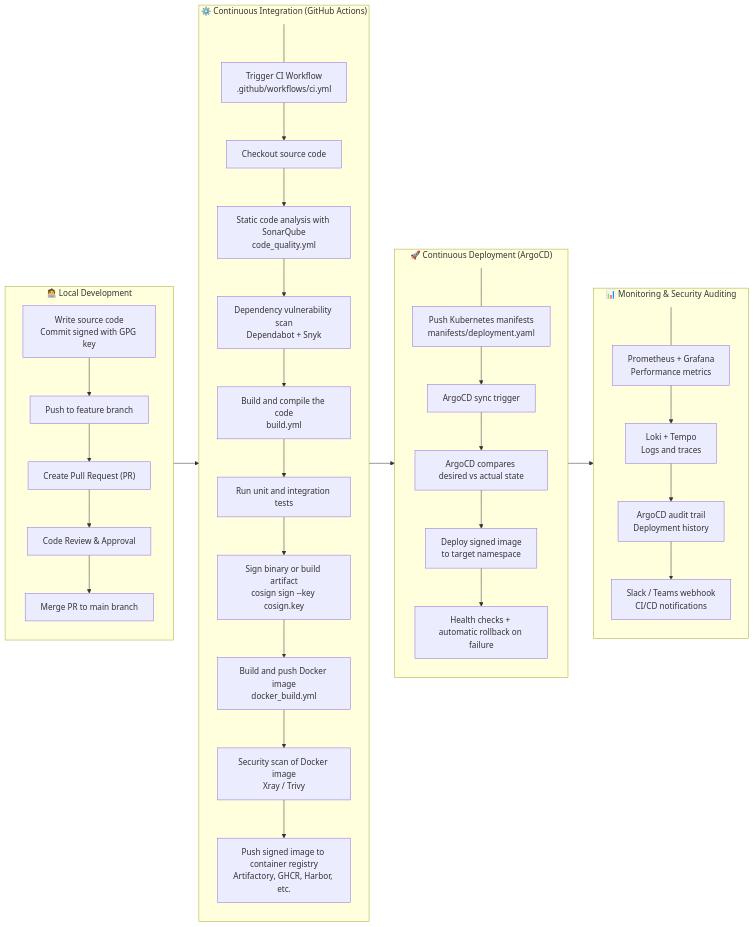
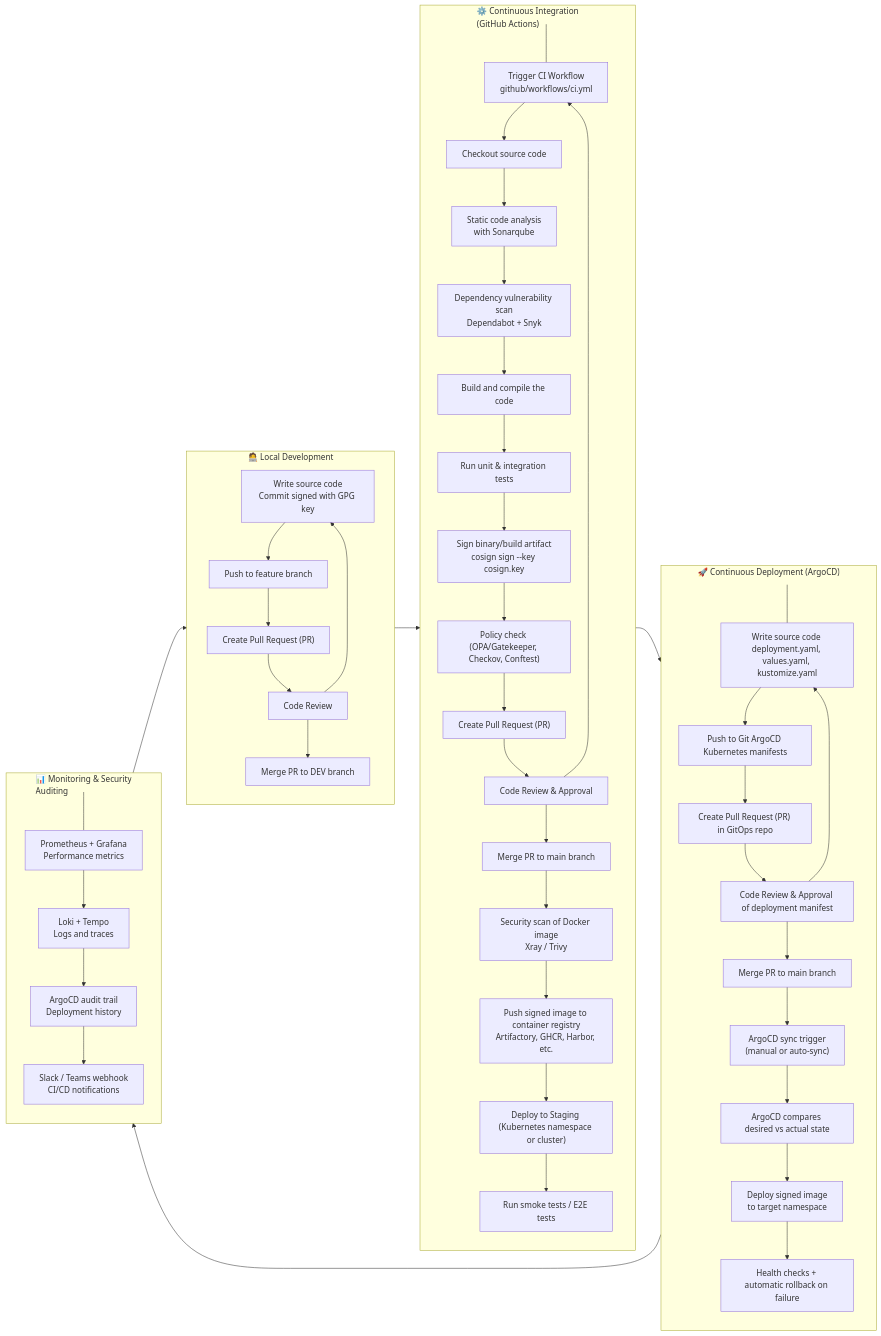
The diagram in doc/Workflows/CICD_Pipeline_Process.md (clickpaddle/clickceler), drawn with Mermaid before and after one commit.

````diff
--- a/doc/Workflows/CICD_Pipeline_Process.md
+++ b/doc/Workflows/CICD_Pipeline_Process.md
@@ -1,46 +1,74 @@
 ```mermaid
 flowchart LR
-    classDef ghost-node fill:none, stroke:none, color:none, height:0, padding:0, margin:0;
+classDef ghost-node fill:none, stroke:none, color:none, height:0, padding:0, margin:0;
 
-    subgraph DEV["🧑‍💻 Local Development"]
-        A1[Write source code\nCommit signed with GPG key] --> A2[Push to feature branch]
-        A2 --> A3["Create Pull Request (PR)"]
-        A3 --> A4[Code Review & Approval]
-        A4 --> A5[Merge PR to main branch]
-    end
-    
-    subgraph CI["⚙️ Continuous Integration (GitHub Actions)"]
-        CI_SPACER[" "] --- B1[Trigger CI Workflow\n.github/workflows/ci.yml]
-        class CI_SPACER ghost-node
-        B1 --> B2[Checkout source code]
-        B2 --> B3[Static code analysis with SonarQube\ncode_quality.yml]
-        B3 --> B4[Dependency vulnerability scan\nDependabot + Snyk]
-        B4 --> B5[Build and compile the code\nbuild.yml]
-        B5 --> B6[Run unit and integration tests]
-        B6 --> B7[Sign binary or build artifact\ncosign sign --key cosign.key]
-        B7 --> B8[Build and push Docker image\ndocker_build.yml]
-        B8 --> B9[Security scan of Docker image\nXray / Trivy]
-        B9 --> B10[Push signed image to container registry\nArtifactory, GHCR, Harbor, etc.]
-    end
-    
-    subgraph CD["🚀 Continuous Deployment (ArgoCD)"]
-        CD_SPACER[" "]  --- C1[Push Kubernetes manifests\nmanifests/deployment.yaml]
-        class CD_SPACER ghost-node
-        C1 --> C2[ArgoCD sync trigger]
-        C2 --> C3[ArgoCD compares desired vs actual state]
-        C3 --> C4[Deploy signed image\nto target namespace]
-        C4 --> C5[Health checks + automatic rollback on failure]
-    end
-    
-    subgraph MON["📊 Monitoring & Security Auditing"]
-        MON_SPACER[" "] --- D1[Prometheus + Grafana\nPerformance metrics]
-        class MON_SPACER ghost-node
-        D1 --> D2[Loki + Tempo\nLogs and traces]
-        D2 --> D3[ArgoCD audit trail\nDeployment history]
-        D3 --> D4[Slack / Teams webhook\nCI/CD notifications]
-    end
-    
-    DEV --> CI
-    CI --> CD
-    CD --> MON
+%% ======================
+%% DEV
+%% ======================
+subgraph DEV["🧑‍💻 Local Development"]
+A1[Write source code<br>Commit signed with GPG key] --> A2[Push to feature branch]
+A2 --> A3["Create Pull Request (PR)"]
+A3 --> A4[Code Review]
+A4 --> A5[Merge PR to DEV branch]
+A4 --> A1
+end
+
+%% ======================
+%% CI
+%% ======================
+subgraph CI["⚙️ Continuous Integration<br>(GitHub Actions)"]
+CI_SPACER[" "] --- B1[Trigger CI Workflow<br>github/workflows/ci.yml]
+class CI_SPACER ghost-node
+B1 --> B2[Checkout source code]
+B2 --> B3["Static code analysis<br>with Sonarqube"]
+B3 --> B4["Dependency vulnerability scan<br>Dependabot + Snyk"]
+B4 --> B5[Build and compile the code]
+B5 --> B6[Run unit & integration tests]
+B6 --> B7[Sign binary/build artifact<br>cosign sign --key cosign.key]
+B7 --> B8["Policy check (OPA/Gatekeeper, Checkov, Conftest)"]
+B8 --> B10["Create Pull Request (PR)"]
+B10 --> B12[Code Review & Approval]
+B12 --> B1
+B12 --> B13[Merge PR to main branch]
+B13 --> B14["Security scan of Docker image<br>Xray / Trivy"]
+B14 --> B15["Push signed image to container registry<br>Artifactory, GHCR, Harbor, etc."]
+B15 --> S1["Deploy to Staging (Kubernetes namespace or cluster)"]
+S1 --> S2["Run smoke tests / E2E tests"]
+end
+
+%% ======================
+%% CD
+%% ======================
+subgraph CD["🚀 Continuous Deployment (ArgoCD)"]
+CD_SPACER[" "] --- C1[Write source code deployment.yaml, values.yaml, kustomize.yaml]
+class CD_SPACER ghost-node
+C1 --> C3[Push to Git ArgoCD Kubernetes manifests]
+C3 --> C4["Create Pull Request (PR) in GitOps repo"]
+C4 --> C5[Code Review & Approval of deployment manifest]
+C5 --> C1
+C5 --> C6[Merge PR to main branch]
+C6 --> C9["ArgoCD sync trigger<br>(manual or auto-sync)"]
+C9 --> C10["ArgoCD compares desired vs actual state"]
+C10 --> C11["Deploy signed image<br>to target namespace"]
+C11 --> C12["Health checks + automatic rollback on failure"]
+end
+
+%% ======================
+%% MONITORING & AUDIT
+%% ======================
+subgraph MON["📊 Monitoring & Security<br>Auditing"]
+MON_SPACER[" "] --- D1[Prometheus + Grafana<br>Performance metrics]
+class MON_SPACER ghost-node
+D1 --> D2[Loki + Tempo<br>Logs and traces]
+D2 --> D3[ArgoCD audit trail<br>Deployment history]
+D3 --> D4[Slack / Teams webhook<br>CI/CD notifications]
+end
+
+%% ======================
+%% LINKS BETWEEN PHASES
+%% ======================
+DEV --> CI
+CI --> CD
+CD --> MON
+MON --> DEV
 ```
````
